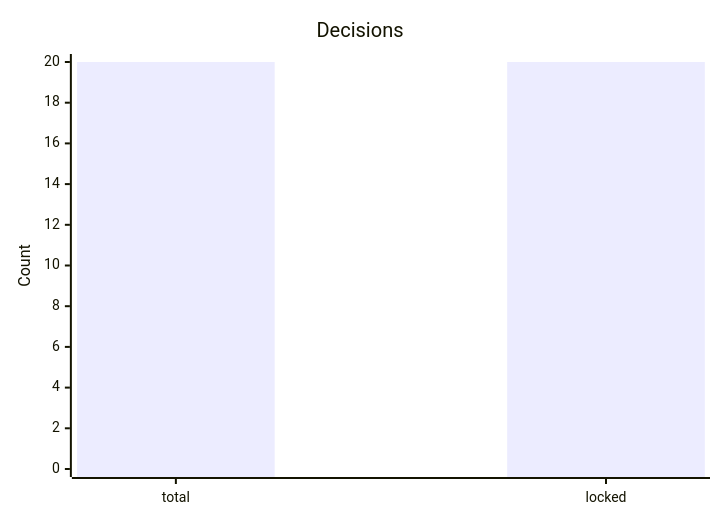
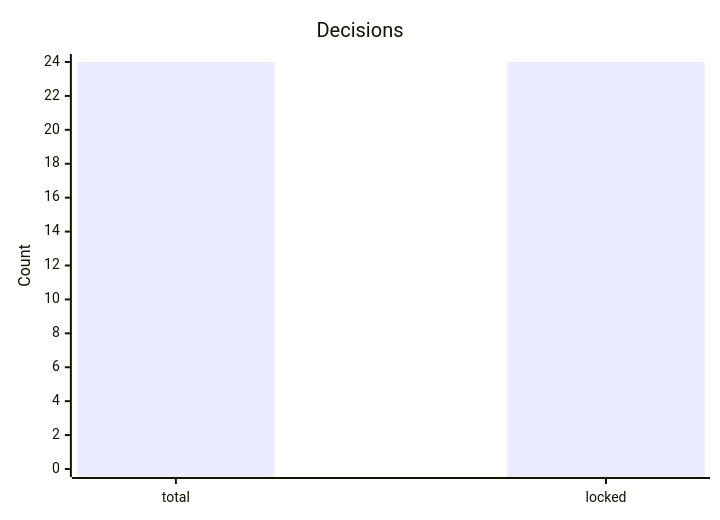
The diagram in reports/status/decisions.md (SH99999/mediastreamer), drawn with Mermaid before and after one commit. The commit also changed other lines of this file and 88 other files, not shown here.

````diff
--- a/reports/status/decisions.md
+++ b/reports/status/decisions.md
@@ -33,7 +46,7 @@
 ```mermaid
 xychart-beta
     title "Decisions"
     x-axis ["total", "locked"]
-    y-axis "Count" 0 --> 20
-    bar [20, 20]
+    y-axis "Count" 0 --> 24
+    bar [24, 24]
 ```
````
